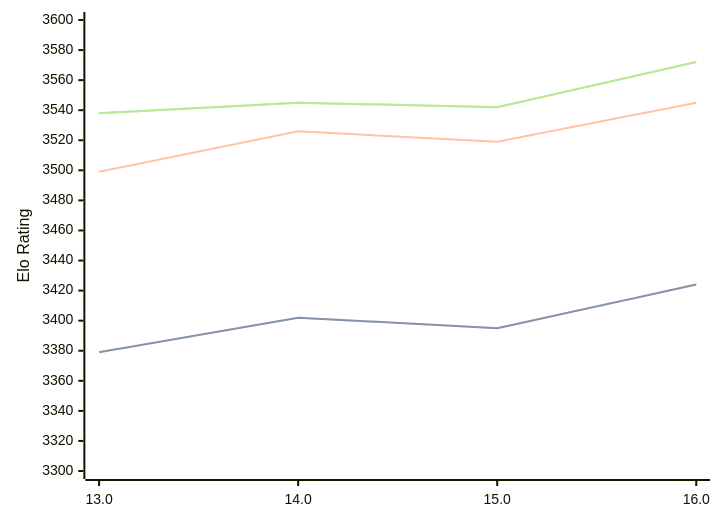
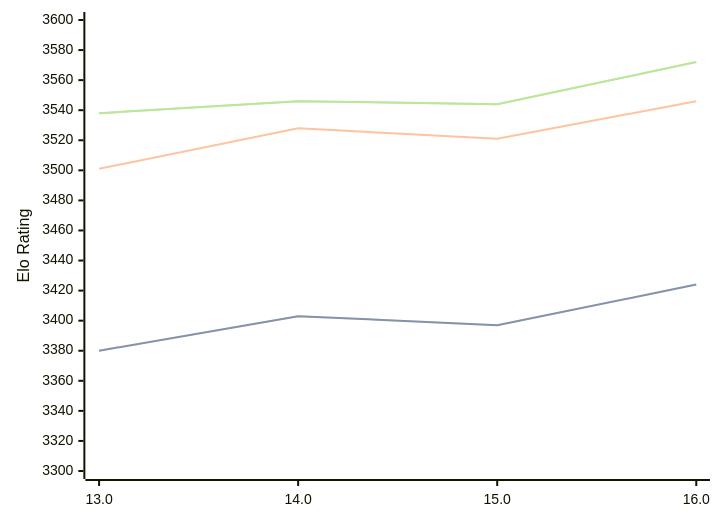
Before and after one commit to computer-chess-index/cci: the diagram in engines/Obsidian.md, drawn with Mermaid. The commit also changed other lines of this file, not shown here.

Commit message:
Update CCI Ratings (ELO VLTC) - 2026-07-23

````diff
--- a/engines/Obsidian.md
+++ b/engines/Obsidian.md
@@ -43,11 +43,11 @@
 ```mermaid
 %%{init: {"theme":"base","themeVariables":{"seriesColors:['#a3a3a3','#222221','#faa371']}}}%%
 xychart-beta
   x-axis ["13.0", "14.0", "15.0", "16.0"]
   y-axis "Elo Rating" 3300 --> 3600
-  line "STC (8.0+0.08s)" [3379, 3402, 3395, 3424]
-  line "STC (8.0+0.08s)" [3379, 3402, 3395, 3424]
-  line "LTC (60.0+0.60s)" [3499, 3526, 3519, 3545]
-  line "VLTC (2m24s+1.12s)" [3538, 3545, 3542, 3572]
-  line "VLTC (2m24s+1.12s)" [3538, 3545, 3542, 3572]
+  line "STC (8.0+0.08s)" [3380, 3403, 3397, 3424]
+  line "STC (8.0+0.08s)" [3380, 3403, 3397, 3424]
+  line "LTC (60.0+0.60s)" [3501, 3528, 3521, 3546]
+  line "VLTC (2m24s+1.12s)" [3538, 3546, 3544, 3572]
+  line "VLTC (2m24s+1.12s)" [3538, 3546, 3544, 3572]
 ```
````
